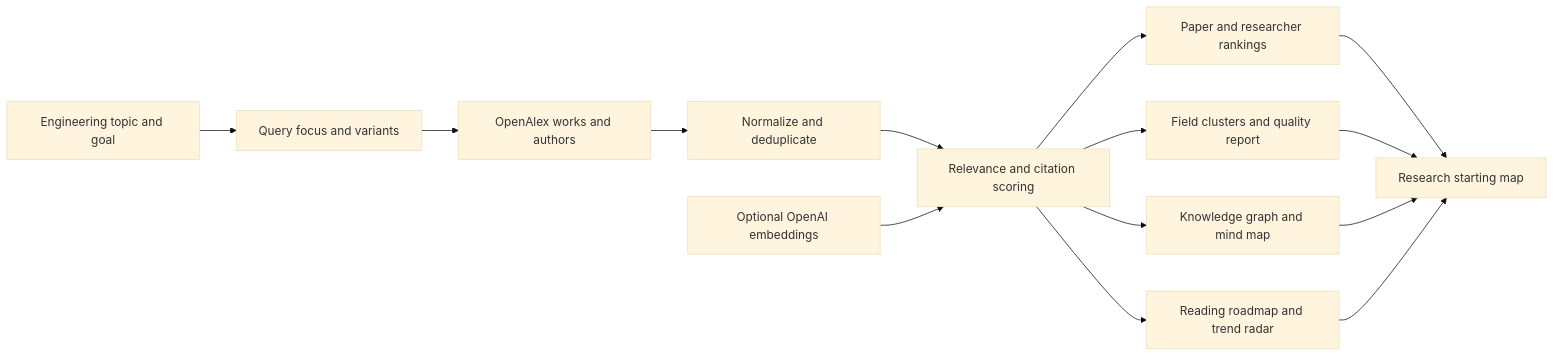
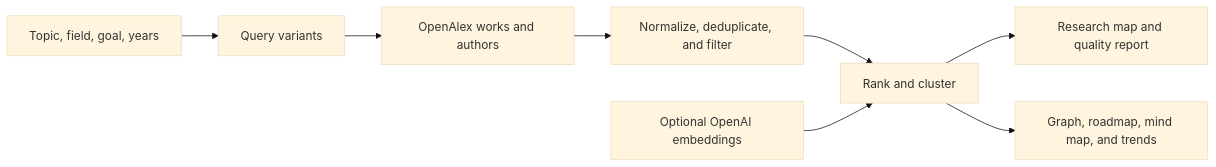
The diagram in README.md (500ft/Nomad), drawn with Mermaid (base theme) before and after one commit. The commit also changed other lines of this file and 3 other files, not shown here.

````diff
--- a/README.md
+++ b/README.md
@@ -40,16 +20,10 @@
 ```mermaid
 flowchart LR
-    A[Engineering topic and goal] --> B[Query focus and variants]
-    B --> C[OpenAlex works and authors]
-    C --> D[Normalize and deduplicate]
-    D --> E[Relevance and citation scoring]
-    F[Optional OpenAI embeddings] --> E
-    E --> G[Paper and researcher rankings]
-    E --> H[Field clusters and quality report]
-    E --> I[Knowledge graph and mind map]
-    E --> J[Reading roadmap and trend radar]
-    G --> K[Research starting map]
-    H --> K
-    I --> K
-    J --> K
+    Q[Topic, field, goal, years] --> V[Query variants]
+    V --> O[OpenAlex works and authors]
+    O --> N[Normalize, deduplicate, and filter]
+    N --> S[Rank and cluster]
+    E[Optional OpenAI embeddings] --> S
+    S --> M[Research map and quality report]
+    S --> X[Graph, roadmap, mind map, and trends]
 ```
````
